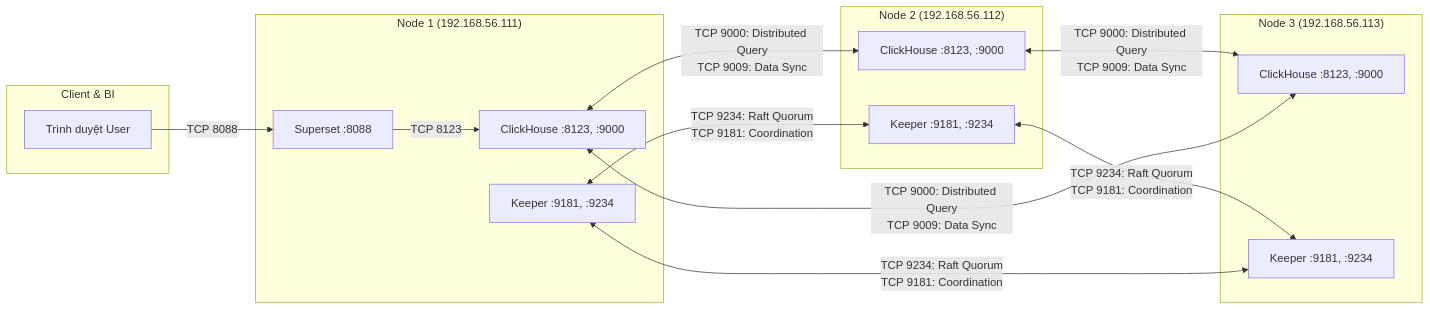
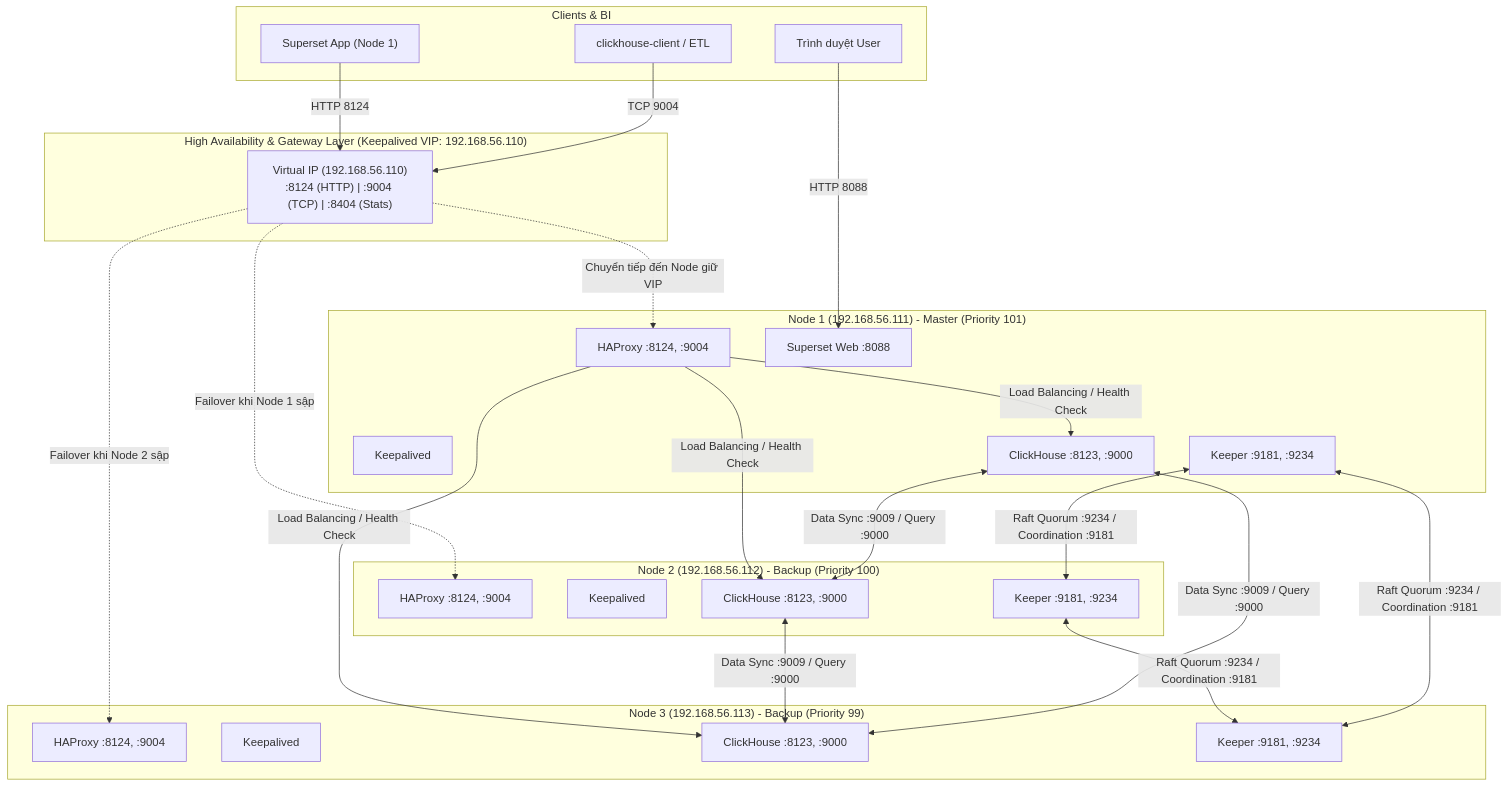
One commit to duyhustvn/devops changed the diagram in docker-images/datawarehouse/cluster-3nodes/README.md. Above: the diagram before and after it, drawn with Mermaid. The commit also changed other lines of this file and 15 other files, not shown here.

Commit message:
keepalived haproxy

````diff
--- a/docker-images/datawarehouse/cluster-3nodes/README.md
+++ b/docker-images/datawarehouse/cluster-3nodes/README.md
@@ -66,34 +90,55 @@
 ```mermaid
-flowchart LR
-    subgraph External ["Client & BI"]
+flowchart TD
+    subgraph Clients ["Clients & BI"]
         Browser["Trình duyệt User"]
+        SupersetApp["Superset App (Node 1)"]
+        CLI["clickhouse-client / ETL"]
     end
 
-    subgraph N1 ["Node 1 (192.168.56.111)"]
-        CH1["ClickHouse :8123, :9000"]
-        KP1["Keeper :9181, :9234"]
-        SS["Superset :8088"]
+    subgraph VIP_Layer ["High Availability & Gateway Layer (Keepalived VIP: 192.168.56.110)"]
+        VIP["Virtual IP (192.168.56.110)<br/>:8124 (HTTP) | :9004 (TCP) | :8404 (Stats)"]
     end
 
-    subgraph N2 ["Node 2 (192.168.56.112)"]
-        CH2["ClickHouse :8123, :9000"]
-        KP2["Keeper :9181, :9234"]
+    subgraph N1 ["Node 1 (192.168.56.111) - Master (Priority 101)"]
+        HAP1["HAProxy :8124, :9004"]
+        KP_V1["Keepalived"]
+        CH1["ClickHouse :8123, :9000"]
+        KEEPER1["Keeper :9181, :9234"]
+        SS["Superset Web :8088"]
     end
 
-    subgraph N3 ["Node 3 (192.168.56.113)"]
-        CH3["ClickHouse :8123, :9000"]
-        KP3["Keeper :9181, :9234"]
+    subgraph N2 ["Node 2 (192.168.56.112) - Backup (Priority 100)"]
+        HAP2["HAProxy :8124, :9004"]
+        KP_V2["Keepalived"]
+        CH2["ClickHouse :8123, :9000"]
+        KEEPER2["Keeper :9181, :9234"]
     end
 
-    Browser -->|"TCP 8088"| SS
-    SS -->|"TCP 8123"| CH1
+    subgraph N3 ["Node 3 (192.168.56.113) - Backup (Priority 99)"]
+        HAP3["HAProxy :8124, :9004"]
+        KP_V3["Keepalived"]
+        CH3["ClickHouse :8123, :9000"]
+        KEEPER3["Keeper :9181, :9234"]
+    end
 
-    %% Inter-node
-    CH1 <-->|"TCP 9000: Distributed Query<br/>TCP 9009: Data Sync"| CH2
-    CH2 <-->|"TCP 9000: Distributed Query<br/>TCP 9009: Data Sync"| CH3
-    CH3 <-->|"TCP 9000: Distributed Query<br/>TCP 9009: Data Sync"| CH1
+    Browser -->|"HTTP 8088"| SS
+    SupersetApp -->|"HTTP 8124"| VIP
+    CLI -->|"TCP 9004"| VIP
 
-    KP1 <-->|"TCP 9234: Raft Quorum<br/>TCP 9181: Coordination"| KP2
-    KP2 <-->|"TCP 9234: Raft Quorum<br/>TCP 9181: Coordination"| KP3
-    KP3 <-->|"TCP 9234: Raft Quorum<br/>TCP 9181: Coordination"| KP1
+    VIP -.->|"Chuyển tiếp đến Node giữ VIP"| HAP1
+    VIP -.->|"Failover khi Node 1 sập"| HAP2
+    VIP -.->|"Failover khi Node 2 sập"| HAP3
+
+    HAP1 -->|"Load Balancing / Health Check"| CH1
+    HAP1 -->|"Load Balancing / Health Check"| CH2
+    HAP1 -->|"Load Balancing / Health Check"| CH3
+
+    %% Raft & Data Sync
+    CH1 <-->|"Data Sync :9009 / Query :9000"| CH2
+    CH2 <-->|"Data Sync :9009 / Query :9000"| CH3
+    CH3 <-->|"Data Sync :9009 / Query :9000"| CH1
+
+    KEEPER1 <-->|"Raft Quorum :9234 / Coordination :9181"| KEEPER2
+    KEEPER2 <-->|"Raft Quorum :9234 / Coordination :9181"| KEEPER3
+    KEEPER3 <-->|"Raft Quorum :9234 / Coordination :9181"| KEEPER1
 ```
````
